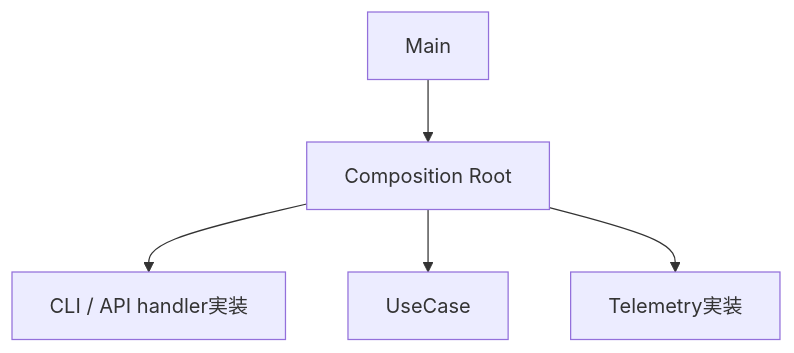
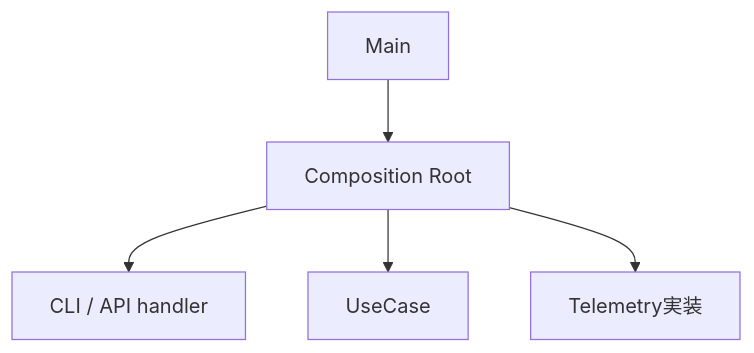
The second of 2 diagrams in Notes/RAGScope/RAGScopeアプリケーション/RS-0023 Observability設計メモ.md (takashit16833/Workbench), drawn with Mermaid before and after one commit. The commit also changed other lines of this file, not shown here.

Commit message:
notes: simplify handler explanation

````diff
--- a/Notes/RAGScope/RAGScopeアプリケーション/RS-0023 Observability設計メモ.md
+++ b/Notes/RAGScope/RAGScopeアプリケーション/RS-0023 Observability設計メモ.md
@@ -160,7 +140,7 @@
 ```mermaid
 flowchart TB
     MAIN["Main"] --> CR["Composition Root"]
-    CR --> HDEF["CLI / API handler実装"]
+    CR --> HDEF["CLI / API handler"]
     CR --> UCDEF["UseCase"]
     CR --> TEL["Telemetry実装"]
 ```
````
